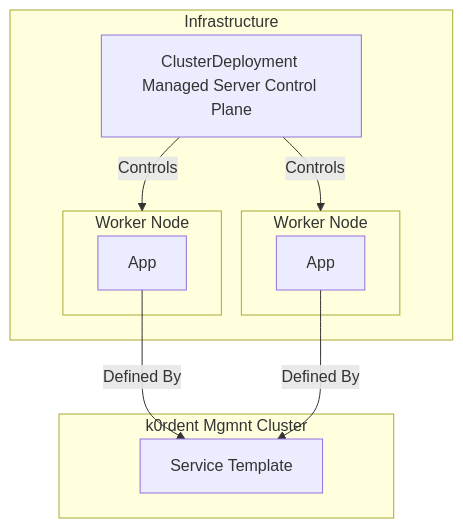
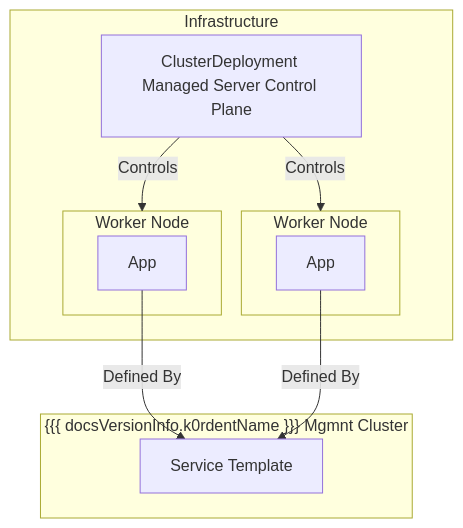
One commit to zerospiel/docs changed the second of 3 diagrams in docs/admin/index.md. Above: the diagram before and after it, drawn with Mermaid. The commit also changed other lines of this file and 63 other files, not shown here.

````diff
--- a/docs/admin/index.md
+++ b/docs/admin/index.md
@@ -45,24 +45,24 @@
     ```mermaid
     graph TB;
         
-        subgraph "k0rdent Mgmnt Cluster"
+        subgraph "{{{ docsVersionInfo.k0rdentName }}} Mgmnt Cluster"
             ST["Service Template"]
         end
 
         subgraph Infrastructure
             CP["ClusterDeployment Managed Server Control Plane"]
             
             subgraph WN1["Worker Node"]
             POD1[App]
             end
             
             subgraph WN2["Worker Node"]
             POD2[App]
             end
         end
         CP -->|Controls| WN1
         CP -->|Controls| WN2
         POD1 -->|Defined By| ST
         POD2 -->|Defined By| ST
 
     ```
````
